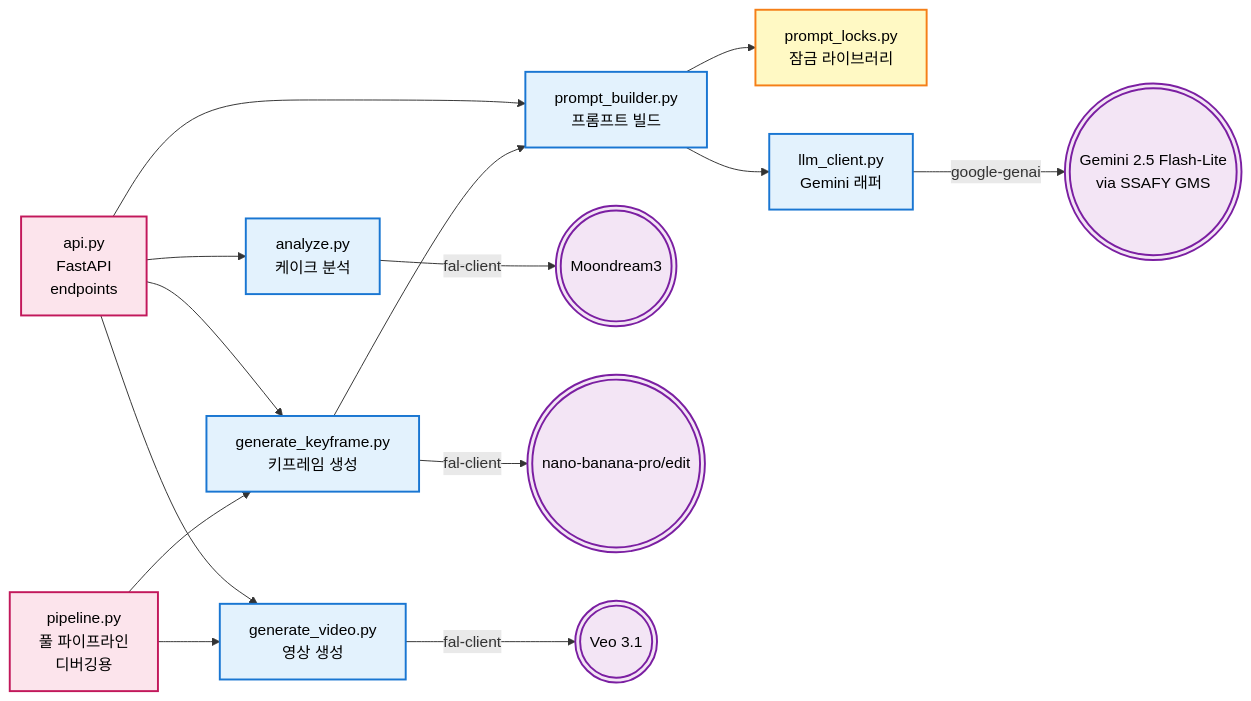
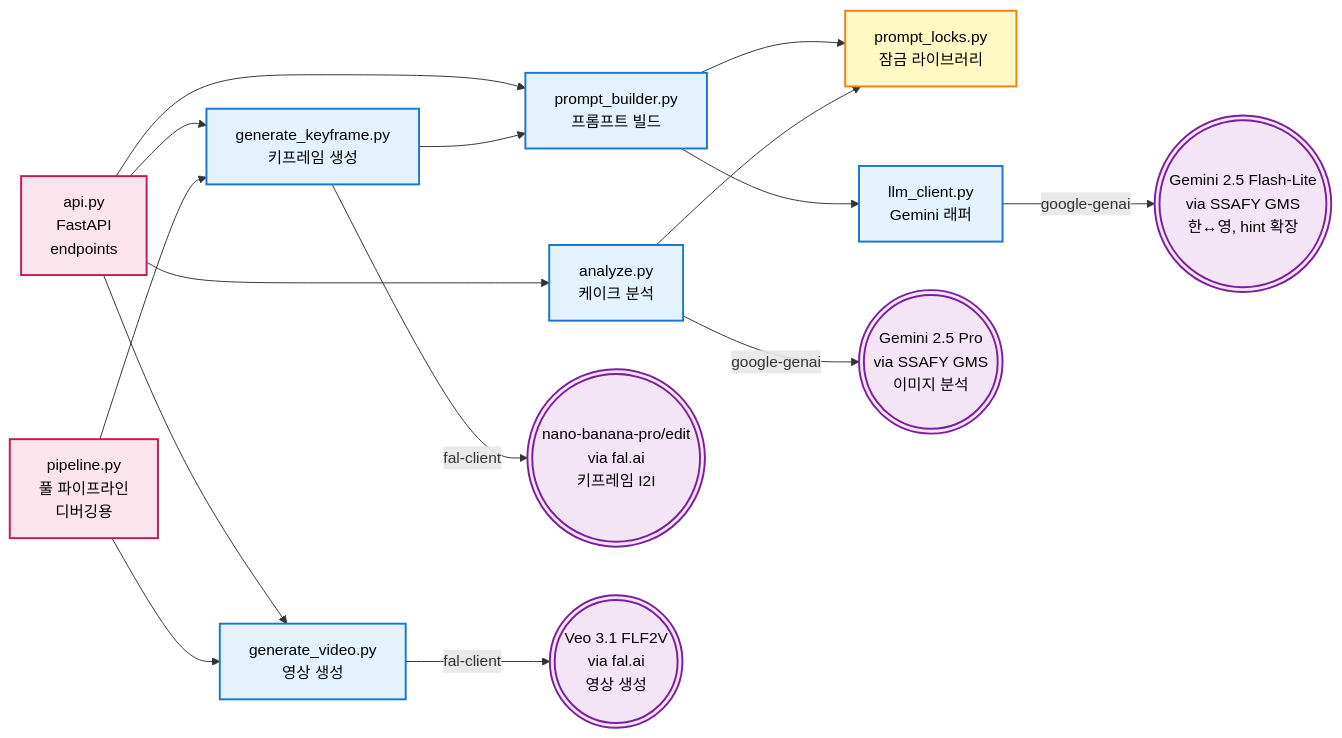
Before and after one commit to SPh0052/GEMCAFE: the first of 4 diagrams in gemcafe/AI/ARCHITECTURE.md, drawn with Mermaid. The commit also changed other lines of this file, not shown here.

First line of the commit message:
[S14P31S307-665] feat : ARCHITECTURE.md 사용자 흐름 다이어그램 전면 재작성

````diff
--- a/gemcafe/AI/ARCHITECTURE.md
+++ b/gemcafe/AI/ARCHITECTURE.md
@@ -13,47 +13,48 @@
 ```mermaid
 flowchart LR
     %% 진입점
     api[api.py<br/>FastAPI<br/>endpoints]:::entry
     pipeline[pipeline.py<br/>풀 파이프라인<br/>디버깅용]:::entry
 
     %% 모듈
     analyze[analyze.py<br/>케이크 분석]:::core
     gen_kf[generate_keyframe.py<br/>키프레임 생성]:::core
     gen_vid[generate_video.py<br/>영상 생성]:::core
     pb[prompt_builder.py<br/>프롬프트 빌드]:::core
     pl[prompt_locks.py<br/>잠금 라이브러리]:::data
     llm[llm_client.py<br/>Gemini 래퍼]:::core
 
     %% 외부 서비스
-    moondream(((Moondream3))):::ext
-    nb(((nano-banana-pro/edit))):::ext
-    veo(((Veo 3.1))):::ext
-    gemini(((Gemini 2.5 Flash-Lite<br/>via SSAFY GMS))):::ext
+    gemini_pro(((Gemini 2.5 Pro<br/>via SSAFY GMS<br/>이미지 분석))):::ext
+    nb(((nano-banana-pro/edit<br/>via fal.ai<br/>키프레임 I2I))):::ext
+    veo(((Veo 3.1 FLF2V<br/>via fal.ai<br/>영상 생성))):::ext
+    gemini_fl(((Gemini 2.5 Flash-Lite<br/>via SSAFY GMS<br/>한↔영, hint 확장))):::ext
 
     %% api.py가 부르는 것
     api --> analyze
     api --> gen_kf
     api --> gen_vid
     api --> pb
 
     %% pipeline.py가 부르는 것
     pipeline --> gen_kf
     pipeline --> gen_vid
 
     %% 모듈 간 의존
     gen_kf --> pb
     pb --> pl
     pb --> llm
+    analyze --> pl
 
     %% 외부 호출
-    analyze -->|fal-client| moondream
+    analyze -->|google-genai| gemini_pro
     gen_kf -->|fal-client| nb
     gen_vid -->|fal-client| veo
-    llm -->|google-genai| gemini
+    llm -->|google-genai| gemini_fl
 
     %% 스타일
     classDef entry fill:#fce4ec,stroke:#c2185b,stroke-width:2px,color:#000
     classDef core fill:#e3f2fd,stroke:#1976d2,stroke-width:2px,color:#000
     classDef data fill:#fff9c4,stroke:#f57f17,stroke-width:2px,color:#000
     classDef ext fill:#f3e5f5,stroke:#7b1fa2,stroke-width:2px,color:#000
 ```
````
